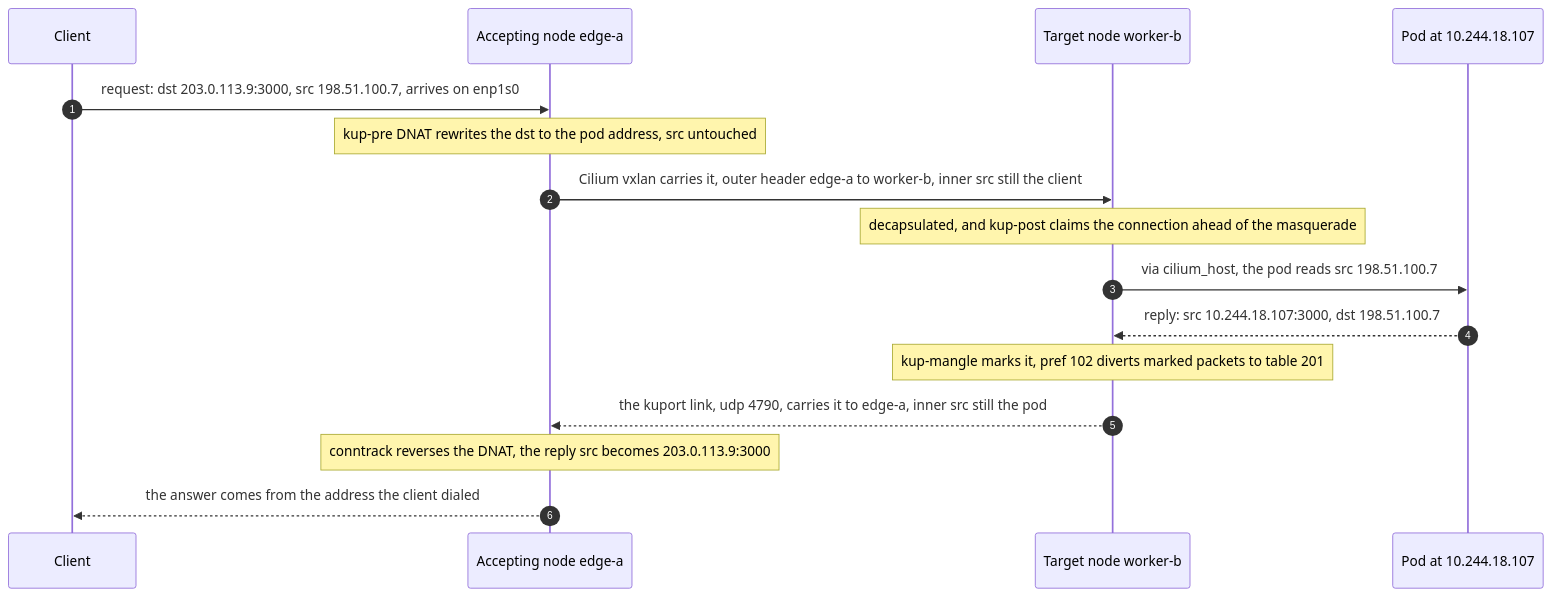
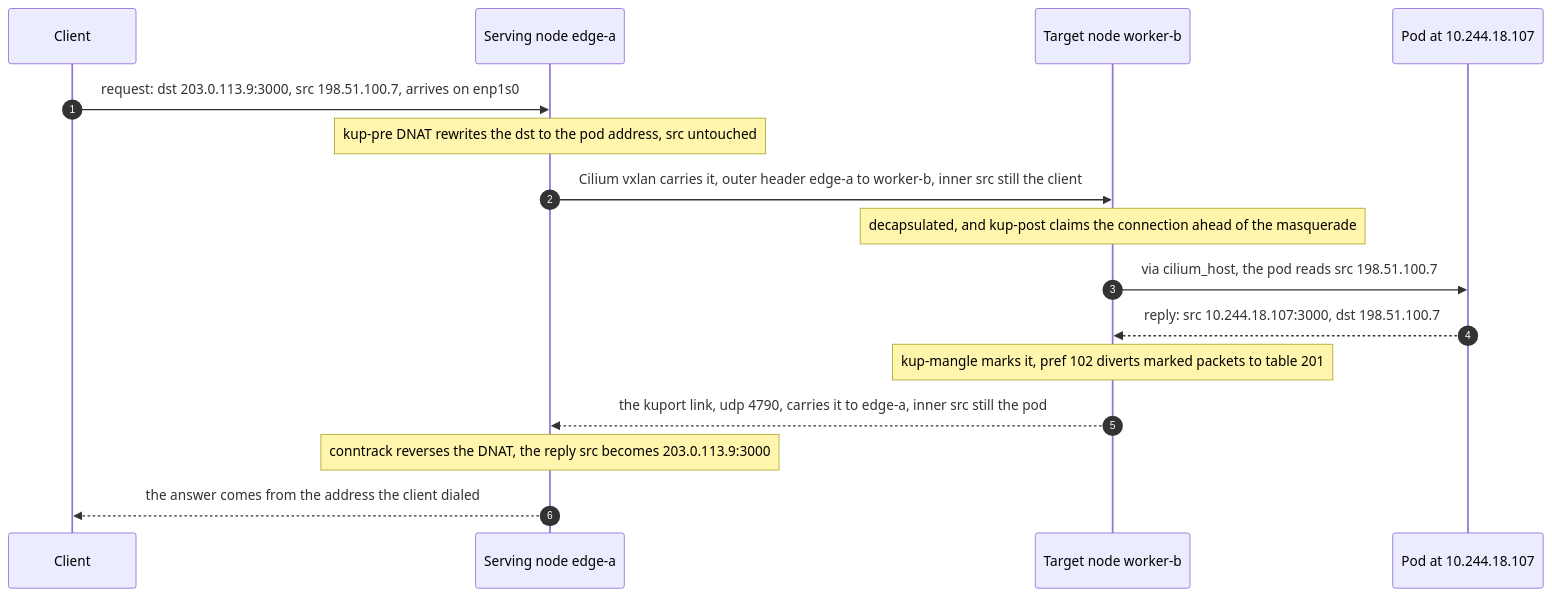
The third of 5 diagrams in docs/spec.md (walzen-group/kuport), drawn with Mermaid before and after one commit. The commit also changed other lines of this file and 7 other files, not shown here.

````diff
--- a/docs/spec.md
+++ b/docs/spec.md
@@ -353,18 +378,18 @@
 ```mermaid
 sequenceDiagram
     autonumber
     participant C as Client
-    participant E as Accepting node edge-a
+    participant E as Serving node edge-a
     participant T as Target node worker-b
     participant P as Pod at 10.244.18.107
     C->>E: request: dst 203.0.113.9:3000, src 198.51.100.7, arrives on enp1s0
     Note over E: kup-pre DNAT rewrites the dst to the pod address, src untouched
     E->>T: Cilium vxlan carries it, outer header edge-a to worker-b, inner src still the client
     Note over T: decapsulated, and kup-post claims the connection ahead of the masquerade
     T->>P: via cilium_host, the pod reads src 198.51.100.7
     P-->>T: reply: src 10.244.18.107:3000, dst 198.51.100.7
     Note over T: kup-mangle marks it, pref 102 diverts marked packets to table 201
     T-->>E: the kuport link, udp 4790, carries it to edge-a, inner src still the pod
     Note over E: conntrack reverses the DNAT, the reply src becomes 203.0.113.9:3000
     E-->>C: the answer comes from the address the client dialed
 ```
````
